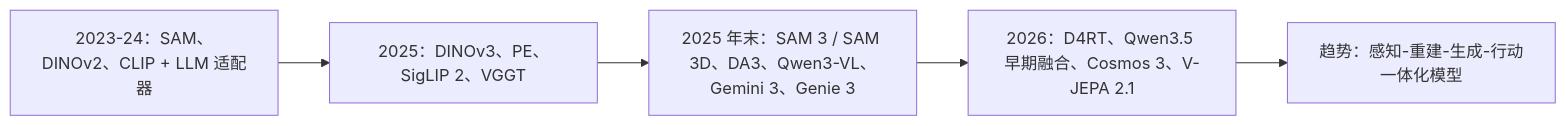
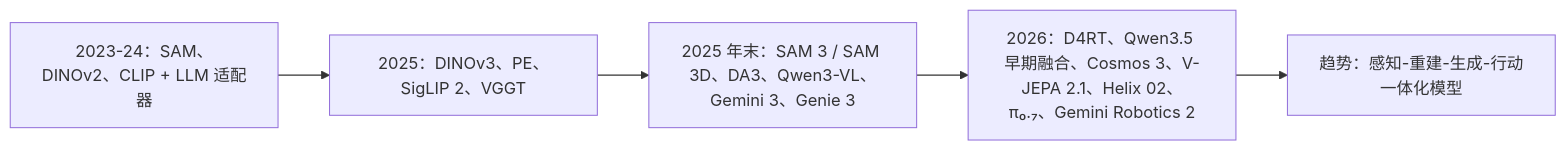
One commit to FrankHuang94/CV_learning_db_claude changed the diagram in Chinese translation/12_research_frontier_2024_2026/00_overview_latest.md. Above: the diagram before and after it, drawn with Mermaid. The commit also changed other lines of this file and 11 other files, not shown here.

First line of the commit message:
Robotics: add Gemini Robotics 2 family, π0.7 and Figure Helix 02 (EN + ZH)

````diff
--- a/Chinese translation/12_research_frontier_2024_2026/00_overview_latest.md
+++ b/Chinese translation/12_research_frontier_2024_2026/00_overview_latest.md
@@ -60,7 +67,7 @@
 ```mermaid
 graph LR
     A["2023-24：SAM、DINOv2、CLIP + LLM 适配器"] --> B["2025：DINOv3、PE、SigLIP 2、VGGT"]
     B --> C["2025 年末：SAM 3 / SAM 3D、DA3、Qwen3-VL、Gemini 3、Genie 3"]
-    C --> D["2026：D4RT、Qwen3.5 早期融合、Cosmos 3、V-JEPA 2.1"]
+    C --> D["2026：D4RT、Qwen3.5 早期融合、Cosmos 3、V-JEPA 2.1、Helix 02、π₀.₇、Gemini Robotics 2"]
     D --> E["趋势：感知-重建-生成-行动一体化模型"]
 ```
````
